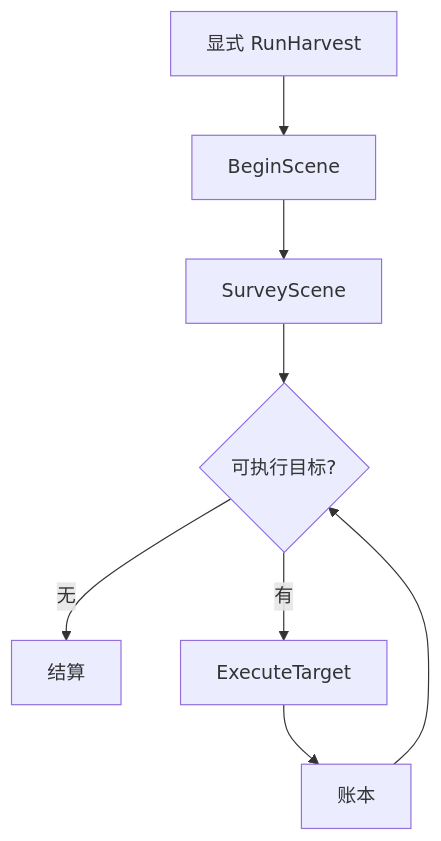
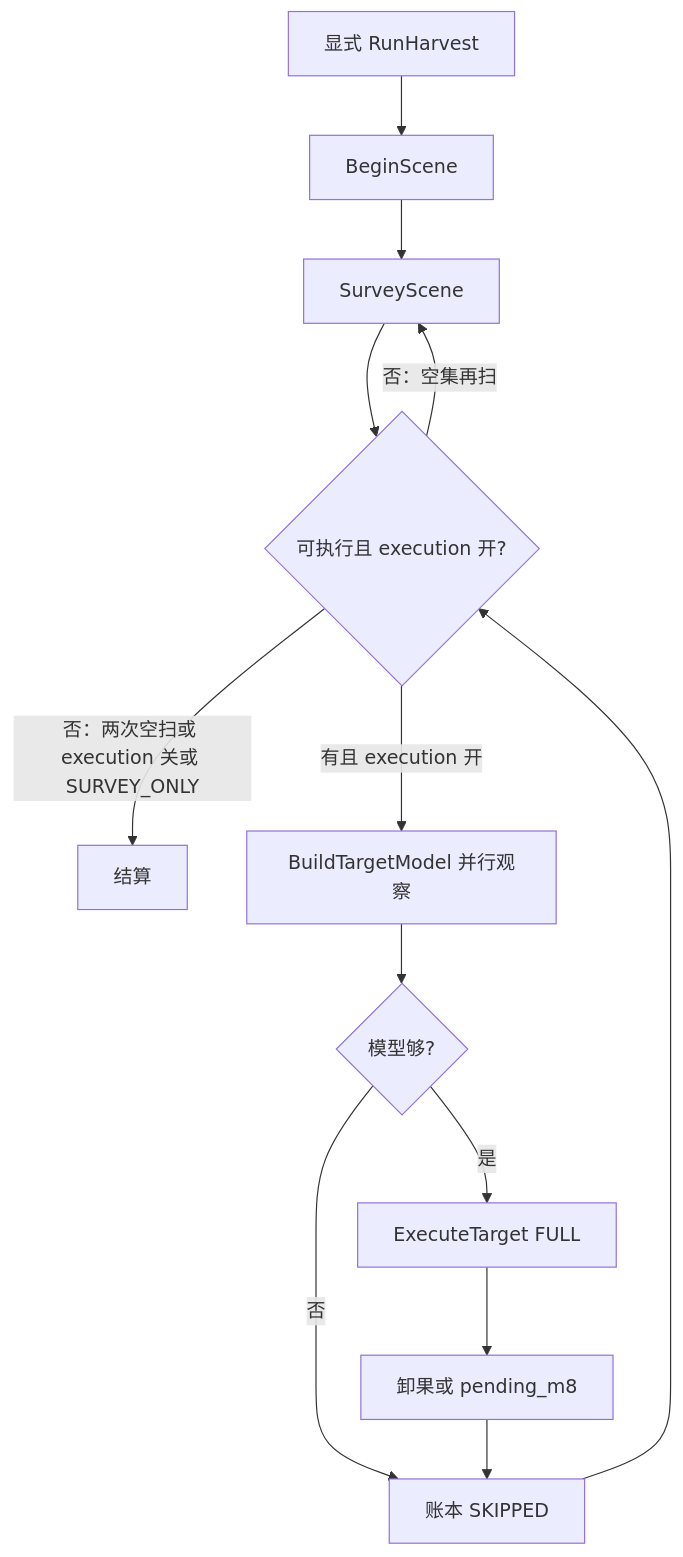
One commit to MUHAN11-c/aubo_boot changed the second of 2 diagrams in docs/flow.md. Above: the diagram before and after it, drawn with Mermaid. The commit also changed other lines of this file and 74 other files, not shown here.

````diff
--- a/docs/flow.md
+++ b/docs/flow.md
@@ -61,10 +157,15 @@
 ```mermaid
 flowchart TD
   A[显式 RunHarvest] --> B[BeginScene]
   B --> C[SurveyScene]
-  C --> D{可执行目标?}
-  D -->|无| E[结算]
-  D -->|有| G[ExecuteTarget]
-  G --> H[账本]
+  C --> D{可执行且 execution 开?}
+  D -->|否：空集再扫| C
+  D -->|否：两次空扫或 execution 关或 SURVEY_ONLY| E[结算]
+  D -->|有且 execution 开| Bld[BuildTargetModel 并行观察]
+  Bld --> Q{模型够?}
+  Q -->|否| H[账本 SKIPPED]
+  Q -->|是| G[ExecuteTarget FULL]
+  G --> Dep[卸果或 pending_m8]
+  Dep --> H
   H --> D
 ```
````
